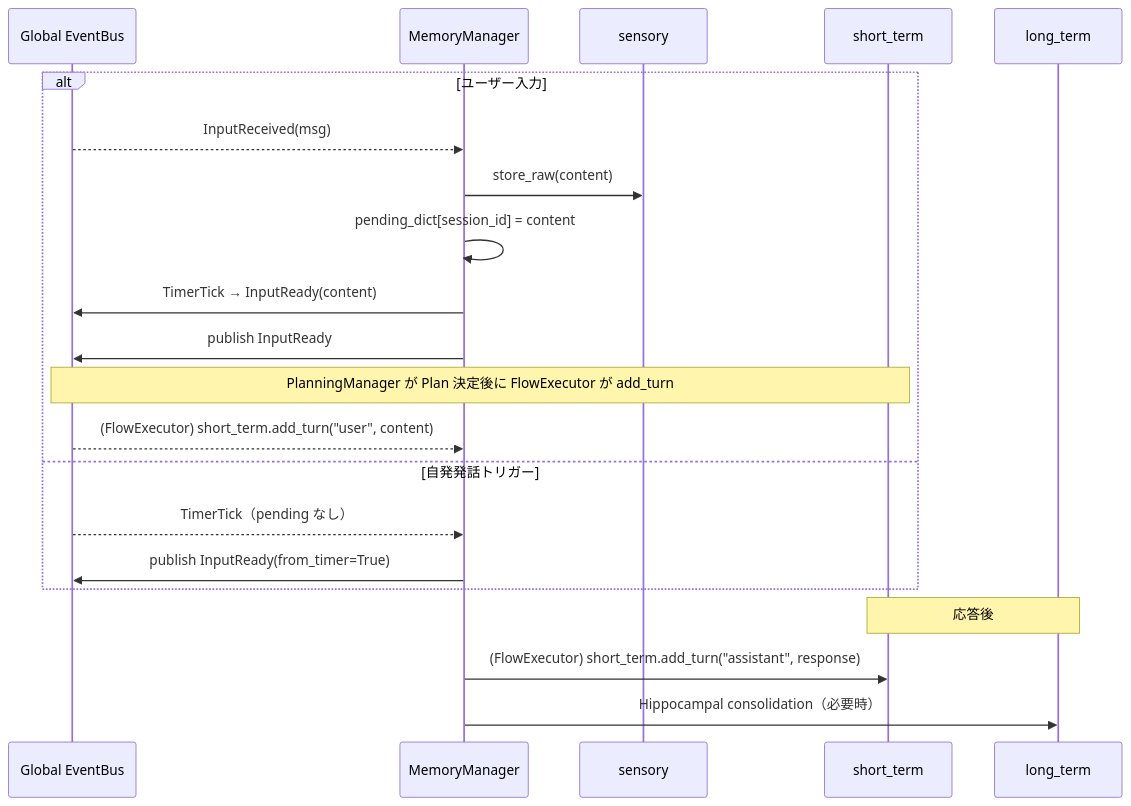
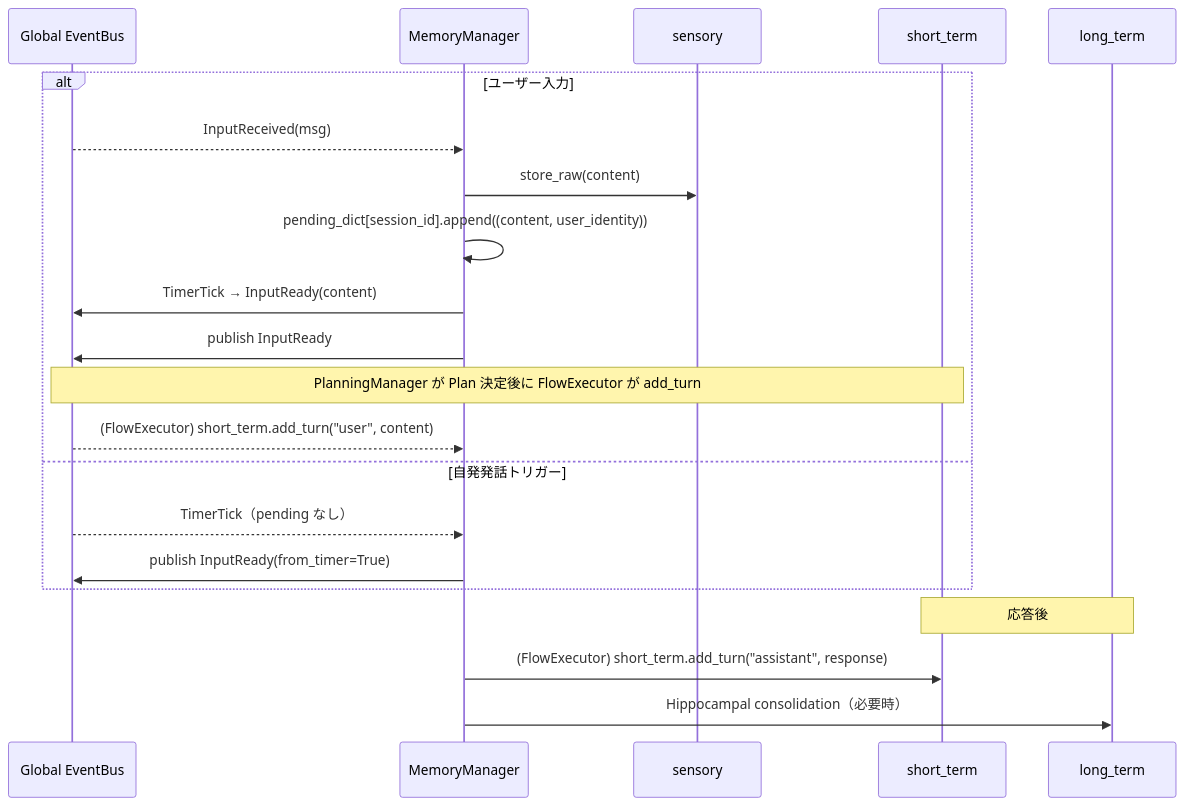
One commit to ibukani/iris-mind changed the diagram in docs/memory-layer.md. Above: the diagram before and after it, drawn with Mermaid. The commit also changed other lines of this file and 16 other files, not shown here.

````diff
--- a/docs/memory-layer.md
+++ b/docs/memory-layer.md
@@ -221,26 +222,26 @@
 ```mermaid
 sequenceDiagram
     participant EB as Global EventBus
     participant MGR as MemoryManager
     participant SEN as sensory
     participant STM as short_term
     participant LTM as long_term
 
     alt ユーザー入力
         EB-->>MGR: InputReceived(msg)
         MGR->>SEN: store_raw(content)
-        MGR->>MGR: pending_dict[session_id] = content
+        MGR->>MGR: pending_dict[session_id].append((content, user_identity))
         MGR->>EB: TimerTick → InputReady(content)
         MGR->>EB: publish InputReady
 
         Note over EB,STM: PlanningManager が Plan 決定後に FlowExecutor が add_turn
         EB-->>MGR: (FlowExecutor) short_term.add_turn("user", content)
     else 自発発話トリガー
         EB-->>MGR: TimerTick（pending なし）
         MGR->>EB: publish InputReady(from_timer=True)
     end
 
     Note over STM,LTM: 応答後
     MGR->>STM: (FlowExecutor) short_term.add_turn("assistant", response)
     MGR->>LTM: Hippocampal consolidation（必要時）
 ```
````
